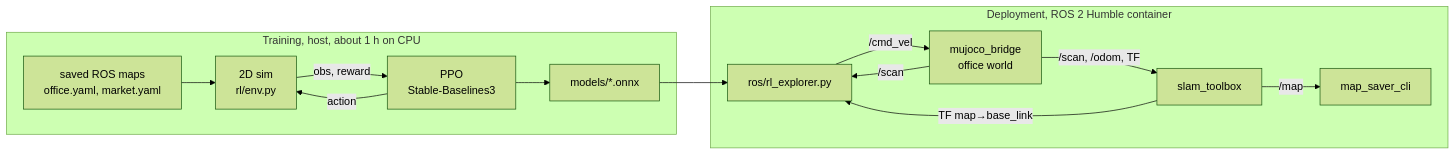
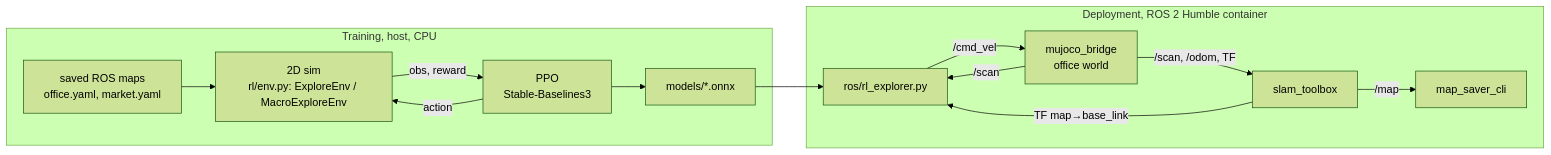
One commit to Spathneja21/RL_Area_Mapping changed the first of 3 diagrams in README.md. Above: the diagram before and after it, drawn with Mermaid (forest theme). The commit also changed other lines of this file and 10 other files, not shown here.

````diff
--- a/README.md
+++ b/README.md
@@ -13,17 +16,17 @@
 ```mermaid
 flowchart LR
-    subgraph Train[Training, host, about 1 h on CPU]
-        MAPS[saved ROS maps<br/>office.yaml, market.yaml] --> SIM[2D sim<br/>rl/env.py]
+    subgraph Train[Training, host, CPU]
+        MAPS[saved ROS maps<br/>office.yaml, market.yaml] --> SIM[2D sim<br/>rl/env.py: ExploreEnv / MacroExploreEnv]
         SIM -- obs, reward --> PPO[PPO<br/>Stable-Baselines3]
         PPO -- action --> SIM
         PPO --> ONNX[models/*.onnx]
     end
     subgraph Deploy[Deployment, ROS 2 Humble container]
         MJ[mujoco_bridge<br/>office world] -- /scan, /odom, TF --> SLAM[slam_toolbox]
         SLAM -- TF map→base_link --> RL[ros/rl_explorer.py]
         MJ -- /scan --> RL
         ONNX --> RL
         RL -- /cmd_vel --> MJ
         SLAM -- /map --> SAVE[map_saver_cli]
     end
 ```
````
